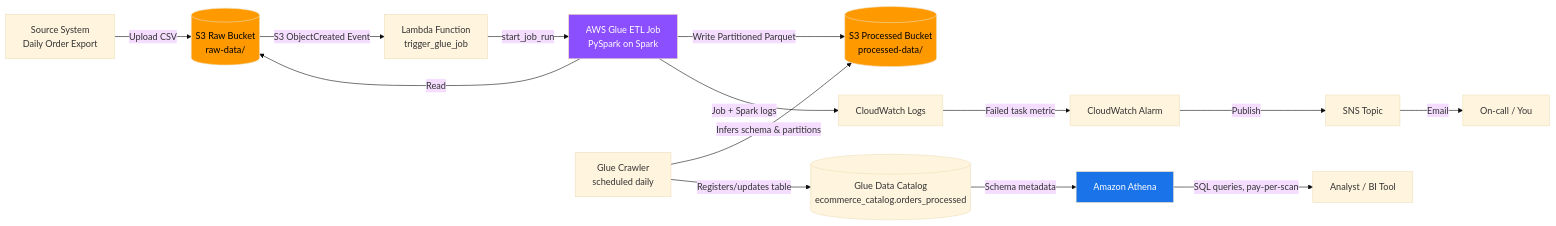
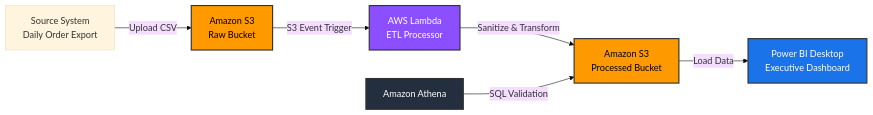
The diagram in README.md (meghrajsingh-12345/aws-ecommerce-data-pipeline), drawn with Mermaid (base theme) before and after one commit. The commit also changed other lines of this file, not shown here.

````diff
--- a/README.md
+++ b/README.md
@@ -35,21 +32,14 @@
 ```mermaid
 flowchart LR
-    A[Source System<br/>Daily Order Export] -->|Upload CSV| B[(S3 Raw Bucket<br/>raw-data/)]
-    B -->|S3 ObjectCreated Event| C[Lambda Function<br/>trigger_glue_job]
-    C -->|start_job_run| D[AWS Glue ETL Job<br/>PySpark on Spark]
-    D -->|Read| B
-    D -->|Write Partitioned Parquet| E[(S3 Processed Bucket<br/>processed-data/)]
-    F[Glue Crawler<br/>scheduled daily] -->|Infers schema & partitions| E
-    F -->|Registers/updates table| G[(Glue Data Catalog<br/>ecommerce_catalog.orders_processed)]
-    G -->|Schema metadata| H[Amazon Athena]
-    H -->|SQL queries, pay-per-scan| I[Analyst / BI Tool]
-    D -->|Job + Spark logs| J[CloudWatch Logs]
-    J -->|Failed task metric| K[CloudWatch Alarm]
-    K -->|Publish| L[SNS Topic]
-    L -->|Email| M[On-call / You]
+    A["Source System<br/>Daily Order Export"] -->|Upload CSV| B["Amazon S3<br/>Raw Bucket"]
+    B -->|S3 Event Trigger| C["AWS Lambda<br/>ETL Processor"]
+    C -->|Sanitize & Transform| D["Amazon S3<br/>Processed Bucket"]
+    D -->|Load Data| E["Power BI Desktop<br/>Executive Dashboard"]
+    F["Amazon Athena"] -->|SQL Validation| D
 
-    style B fill:#FF9900,color:#000
-    style E fill:#FF9900,color:#000
-    style D fill:#8C4FFF,color:#fff
-    style H fill:#1A73E8,color:#fff
+    style B fill:#FF9900,color:#000,stroke:#333,stroke-width:2px
+    style D fill:#FF9900,color:#000,stroke:#333,stroke-width:2px
+    style C fill:#8C4FFF,color:#fff,stroke:#333,stroke-width:2px
+    style E fill:#1A73E8,color:#fff,stroke:#333,stroke-width:2px
+    style F fill:#232F3E,color:#fff,stroke:#333,stroke-width:2px
 ```
````
